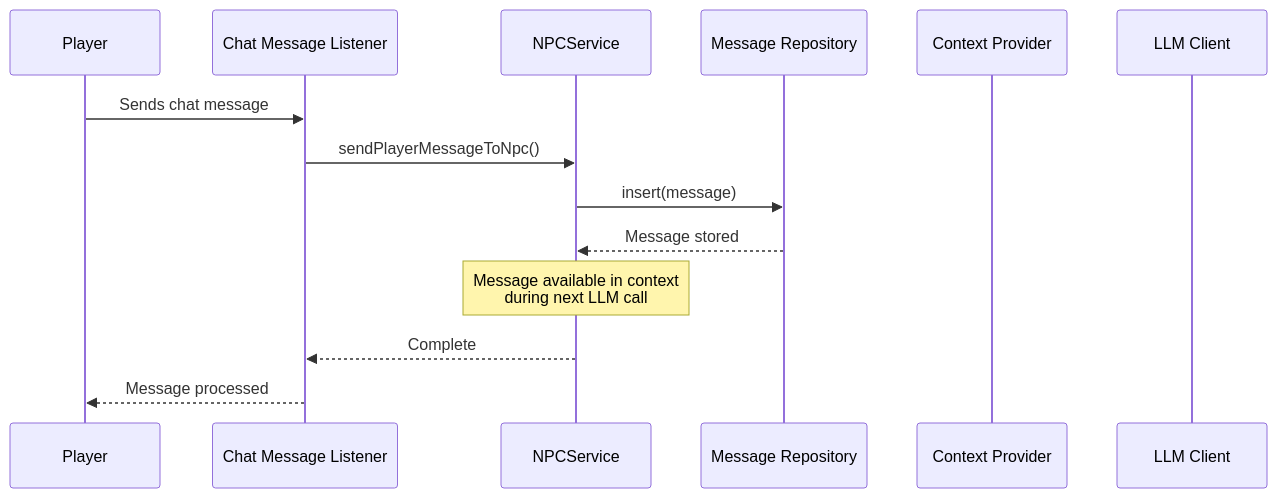
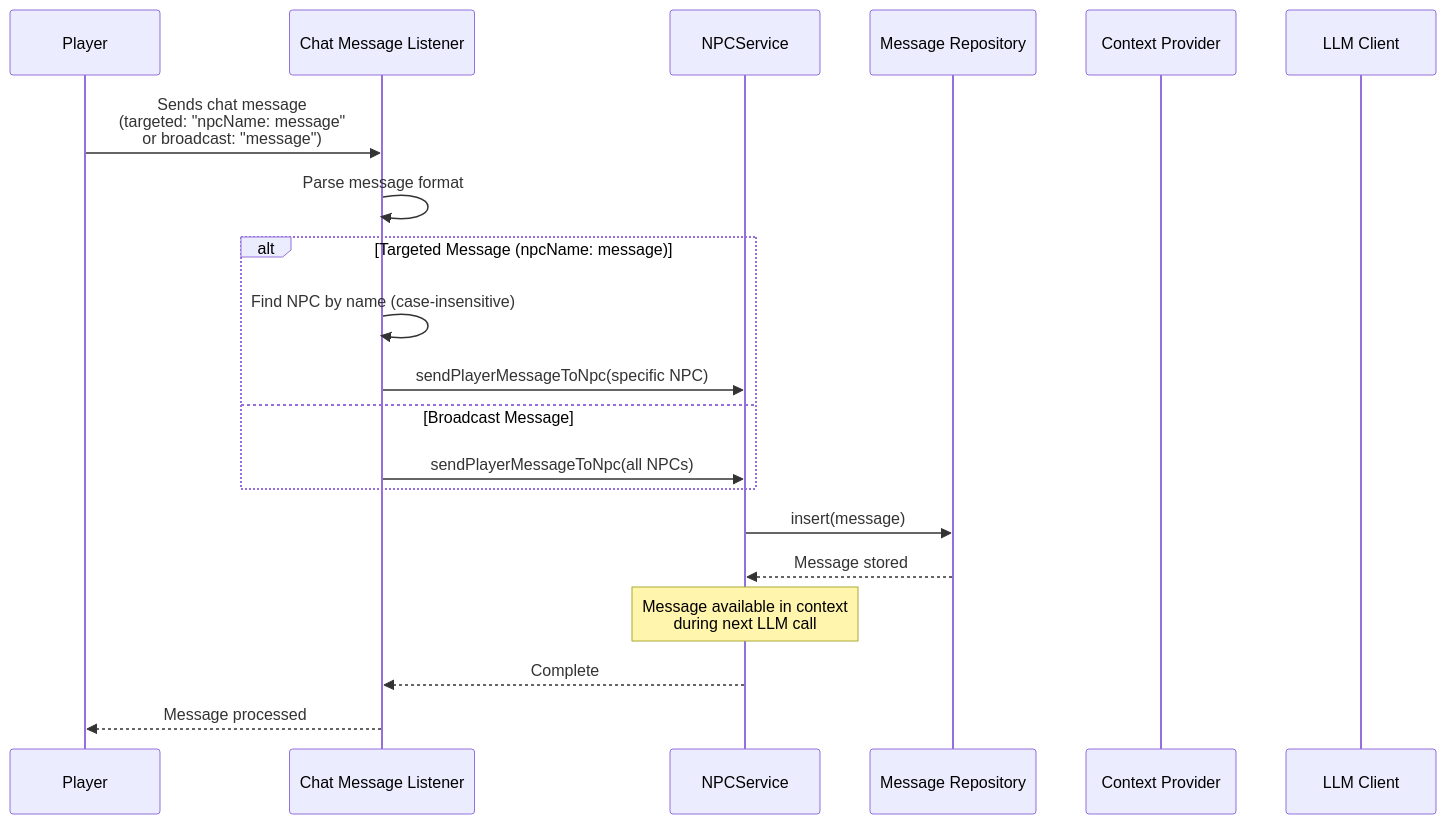
Before and after one commit to prskid1000/CraftAgent: the fifth of 9 diagrams in README.md, drawn with Mermaid. The commit also changed other lines of this file and 6 other files, not shown here.

````diff
--- a/README.md
+++ b/README.md
@@ -318,17 +330,23 @@
 ```mermaid
 sequenceDiagram
     participant Player
     participant ChatListener as Chat Message Listener
     participant NPCService
     participant MessageRepo as Message Repository
     participant Context as Context Provider
     participant LLM as LLM Client
     
-    Player->>ChatListener: Sends chat message
-    ChatListener->>NPCService: sendPlayerMessageToNpc()
+    Player->>ChatListener: Sends chat message<br/>(targeted: "npcName: message"<br/>or broadcast: "message")
+    ChatListener->>ChatListener: Parse message format
+    alt Targeted Message (npcName: message)
+        ChatListener->>ChatListener: Find NPC by name (case-insensitive)
+        ChatListener->>NPCService: sendPlayerMessageToNpc(specific NPC)
+    else Broadcast Message
+        ChatListener->>NPCService: sendPlayerMessageToNpc(all NPCs)
+    end
     NPCService->>MessageRepo: insert(message)
     MessageRepo-->>NPCService: Message stored
     Note over NPCService: Message available in context<br/>during next LLM call
     NPCService-->>ChatListener: Complete
     ChatListener-->>Player: Message processed
 ```
````
